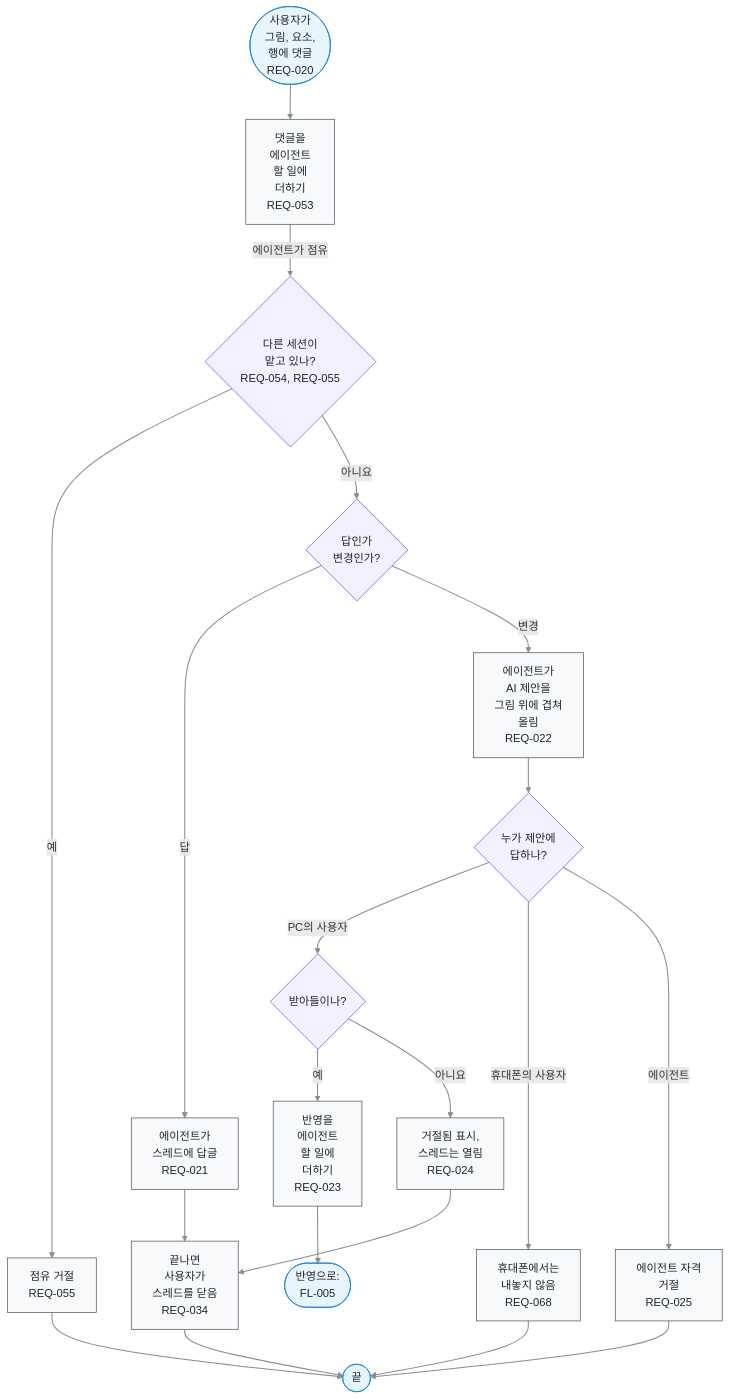
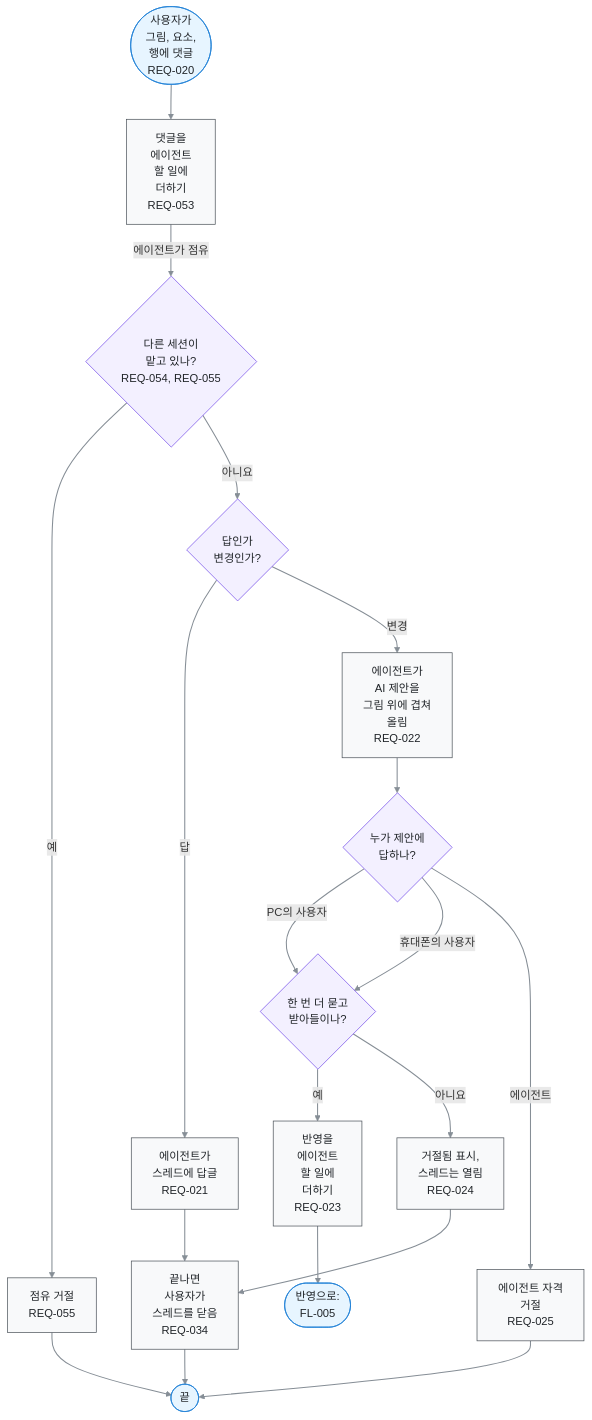
The diagram in docs/03-user-flow/FL-003-comment-and-answer-an-ai-proposal.ko.md (kodonghui/corthex-nexus), drawn with Mermaid before and after one commit. The commit also changed other lines of this file and 69 other files, not shown here.

````diff
--- a/docs/03-user-flow/FL-003-comment-and-answer-an-ai-proposal.ko.md
+++ b/docs/03-user-flow/FL-003-comment-and-answer-an-ai-proposal.ko.md
@@ -11,48 +11,46 @@
 ```mermaid
 flowchart TD
   A(["사용자가<br/>그림, 요소,<br/>행에 댓글<br/>REQ-020"])
   B["댓글을<br/>에이전트<br/>할 일에<br/>더하기<br/>REQ-053"]
   C{"다른 세션이<br/>맡고 있나?<br/>REQ-054, REQ-055"}
   D{"답인가<br/>변경인가?"}
   E["에이전트가<br/>스레드에 답글<br/>REQ-021"]
   F["에이전트가<br/>AI 제안을<br/>그림 위에 겹쳐<br/>올림<br/>REQ-022"]
   G{"누가 제안에<br/>답하나?"}
-  H{"받아들이나?"}
+  H{"한 번 더 묻고<br/>받아들이나?"}
   I["반영을<br/>에이전트<br/>할 일에<br/>더하기<br/>REQ-023"]
   J["거절됨 표시,<br/>스레드는 열림<br/>REQ-024"]
   K["끝나면<br/>사용자가<br/>스레드를 닫음<br/>REQ-034"]
   R1["점유 거절<br/>REQ-055"]
-  R2["휴대폰에서는<br/>내놓지 않음<br/>REQ-068"]
   R3["에이전트 자격<br/>거절<br/>REQ-025"]
   Z(["끝"])
   Y(["반영으로:<br/>FL-005"])
   A e1@--> B
   B e2@-->|에이전트가 점유| C
   C e3@-->|예| R1
   C e4@-->|아니요| D
   D e5@-->|답| E
   D e6@-->|변경| F
   E e7@--> K
   F e8@--> G
   G e9@-->|PC의 사용자| H
-  G e10@-->|휴대폰의 사용자| R2
+  G e10@-->|휴대폰의 사용자| H
   G e11@-->|에이전트| R3
   H e12@-->|예| I
   H e13@-->|아니요| J
   I e14@--> Y
   J e15@--> K
   K e16@--> Z
   R1 e17@--> Z
-  R2 e18@--> Z
   R3 e19@--> Z
   %% legend: below
   classDef term fill:#e7f5ff,stroke:#1c7ed6,color:#212529
   classDef proc fill:#f8f9fa,stroke:#495057,color:#212529
   classDef decide fill:#f3f0ff,stroke:#7048e8,color:#212529
   classDef gap fill:#f1f3f5,stroke:#adb5bd,stroke-dasharray:2 3,color:#495057
   classDef pass stroke:#868e96,stroke-width:1.5px
   class A,Z,Y term
-  class B,E,F,I,J,K,R1,R2,R3 proc
+  class B,E,F,I,J,K,R1,R3 proc
   class C,D,G,H decide
-  class e1,e2,e3,e4,e5,e6,e7,e8,e9,e10,e11,e12,e13,e14,e15,e16,e17,e18,e19 pass
+  class e1,e2,e3,e4,e5,e6,e7,e8,e9,e10,e11,e12,e13,e14,e15,e16,e17,e19 pass
 ```
````
